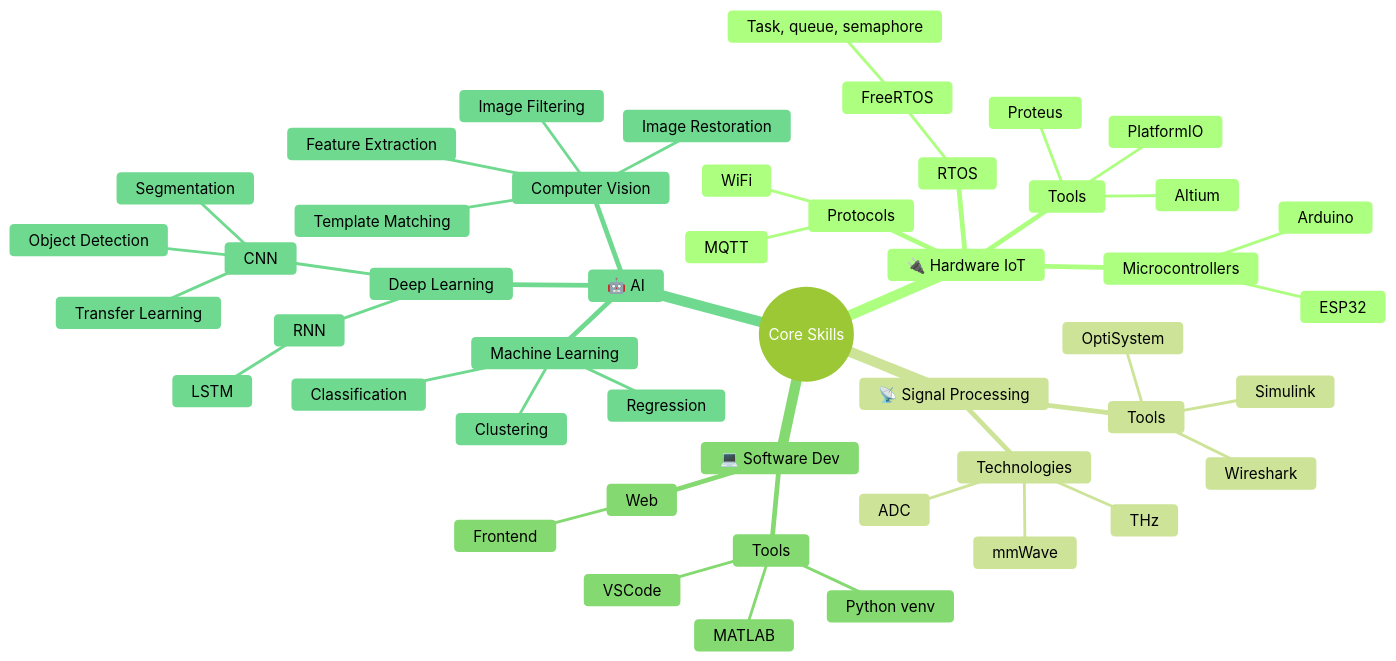
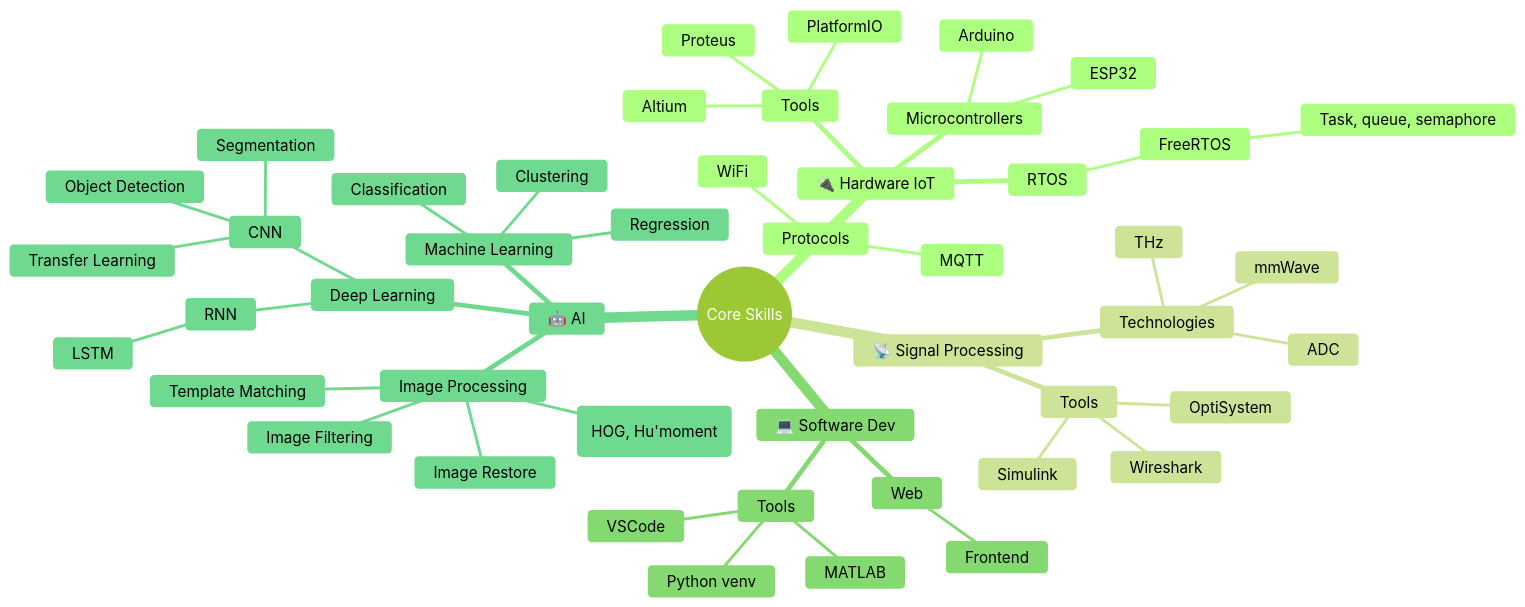
One commit to bathanh0309/bathanh0309 changed the diagram in README.md. Above: the diagram before and after it, drawn with Mermaid (forest theme).

````diff
--- a/README.md
+++ b/README.md
@@ -141,51 +141,51 @@
 ```mermaid
 mindmap
   root((Core Skills))
     🔌 Hardware IoT
       Microcontrollers
         ESP32
         Arduino
       RTOS
         FreeRTOS
           Task, queue, semaphore
       Protocols
         MQTT
         WiFi
       Tools
         PlatformIO
         Proteus
         Altium
     📡 Signal Processing
       Technologies
         mmWave
         THz
         ADC
       Tools
         Simulink
         OptiSystem
         Wireshark
     💻 Software Dev
       Web
         Frontend
       Tools
         VSCode
         MATLAB
         Python venv
     🤖 AI 
       Machine Learning
         Classification
         Regression
         Clustering
       Deep Learning
         CNN
           Segmentation
           Object Detection
           Transfer Learning
         RNN
           LSTM
-      Computer Vision
-        Feature Extraction
+      Image Processing
+        Feature (HOG, Hu'moment)
         Image Filtering
-        Image Restoration
+        Image Restore
         Template Matching
 ```
````
